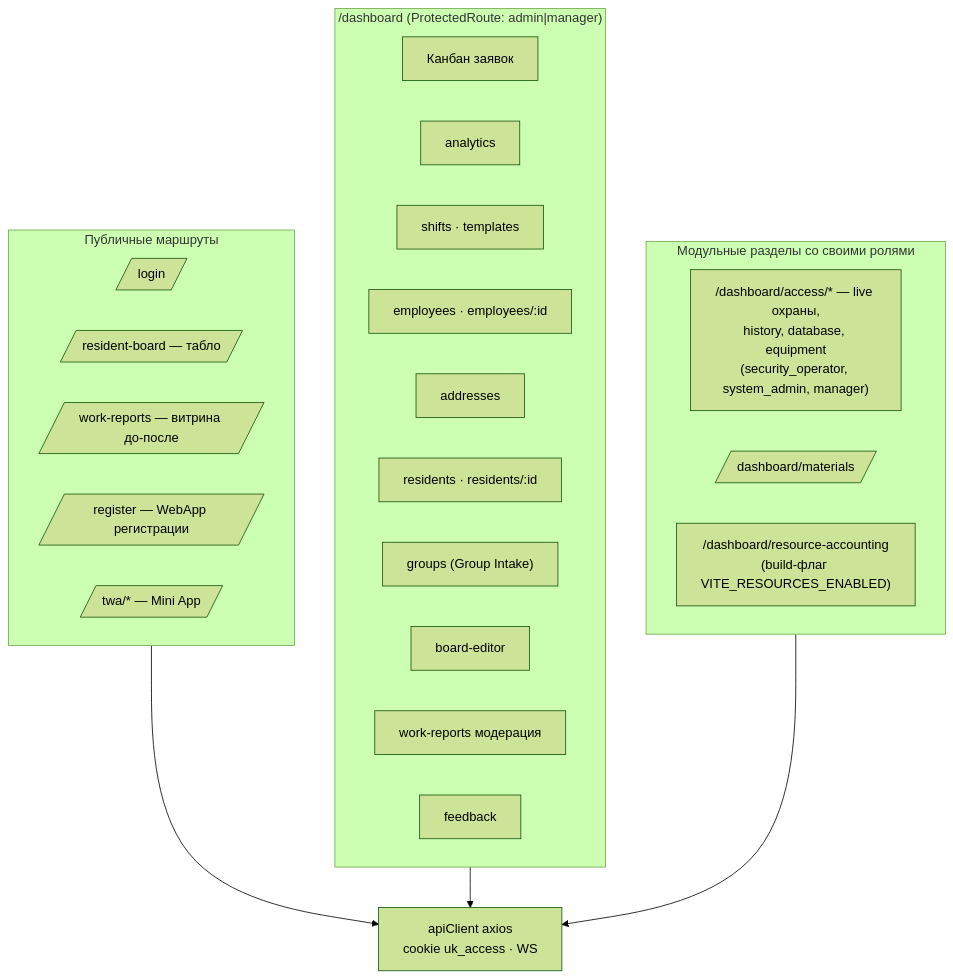
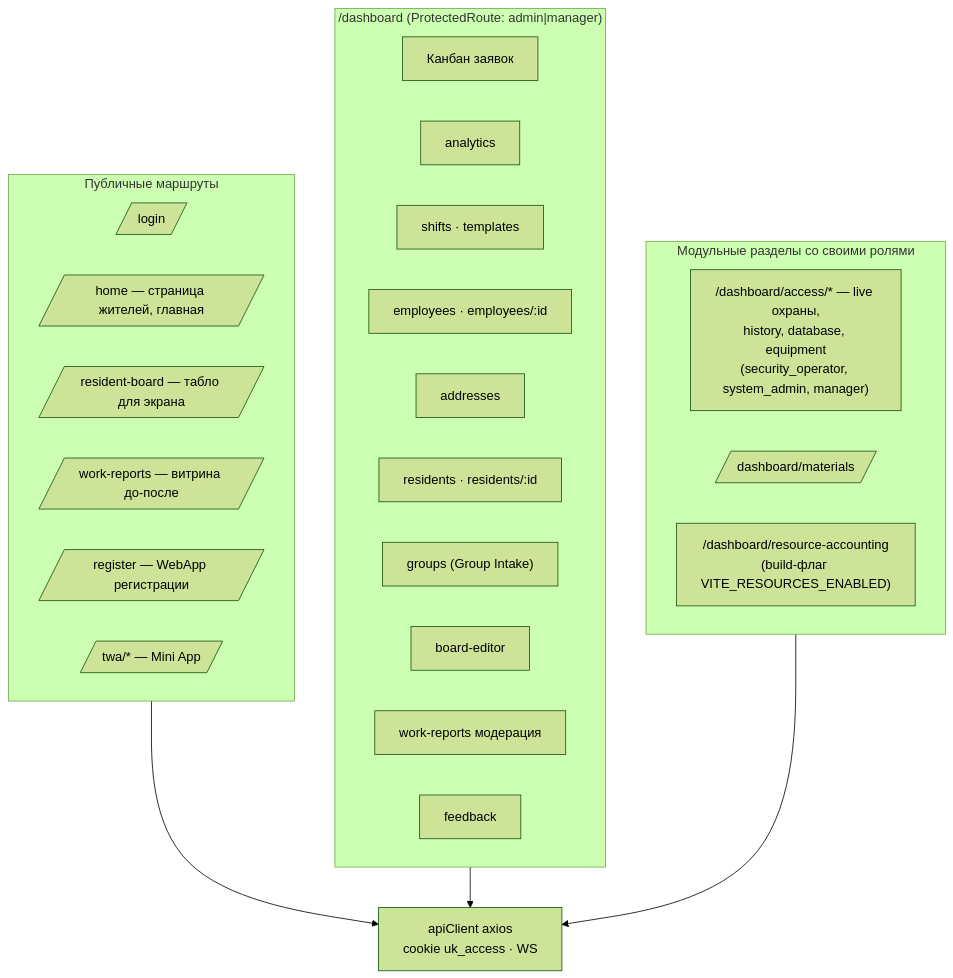
One commit to a-afanasyev/Infrasafe_bot changed the third of 12 diagrams in docs/tech/ARCHITECTURE_DIAGRAMS.md. Above: the diagram before and after it, drawn with Mermaid (forest theme). The commit also changed other lines of this file and 8 other files, not shown here.

First line of the commit message:
docs: страница жителей /home, редактор витрины с вкладками, статус «Лифтов»

````diff
--- a/docs/tech/ARCHITECTURE_DIAGRAMS.md
+++ b/docs/tech/ARCHITECTURE_DIAGRAMS.md
@@ -166,31 +166,32 @@
 ```mermaid
 flowchart TB
     subgraph PUB[Публичные маршруты]
         LOGIN[/login/]
-        BOARD[/resident-board — табло/]
+        HOME[/home — страница жителей, главная/]
+        BOARD[/resident-board — табло для экрана/]
         WR[/work-reports — витрина до-после/]
         REG[/register — WebApp регистрации/]
         TWA[/twa/* — Mini App/]
     end
     subgraph DASH["/dashboard (ProtectedRoute: admin|manager)"]
         KAN[Канбан заявок]
         AN[analytics]
         SH[shifts · templates]
         EMPP[employees · employees/:id]
         ADR[addresses]
         RES[residents · residents/:id]
         GRP["groups (Group Intake)"]
         BE[board-editor]
         WRM[work-reports модерация]
         FB[feedback]
     end
     subgraph MODULES[Модульные разделы со своими ролями]
         ACCX["/dashboard/access/* — live охраны,\nhistory, database, equipment\n(security_operator, system_admin, manager)"]
         MAT[/dashboard/materials/]
         RA["/dashboard/resource-accounting\n(build-флаг VITE_RESOURCES_ENABLED)"]
     end
     APIC[apiClient axios\ncookie uk_access · WS]
     PUB --> APIC
     DASH --> APIC
     MODULES --> APIC
 ```
````
